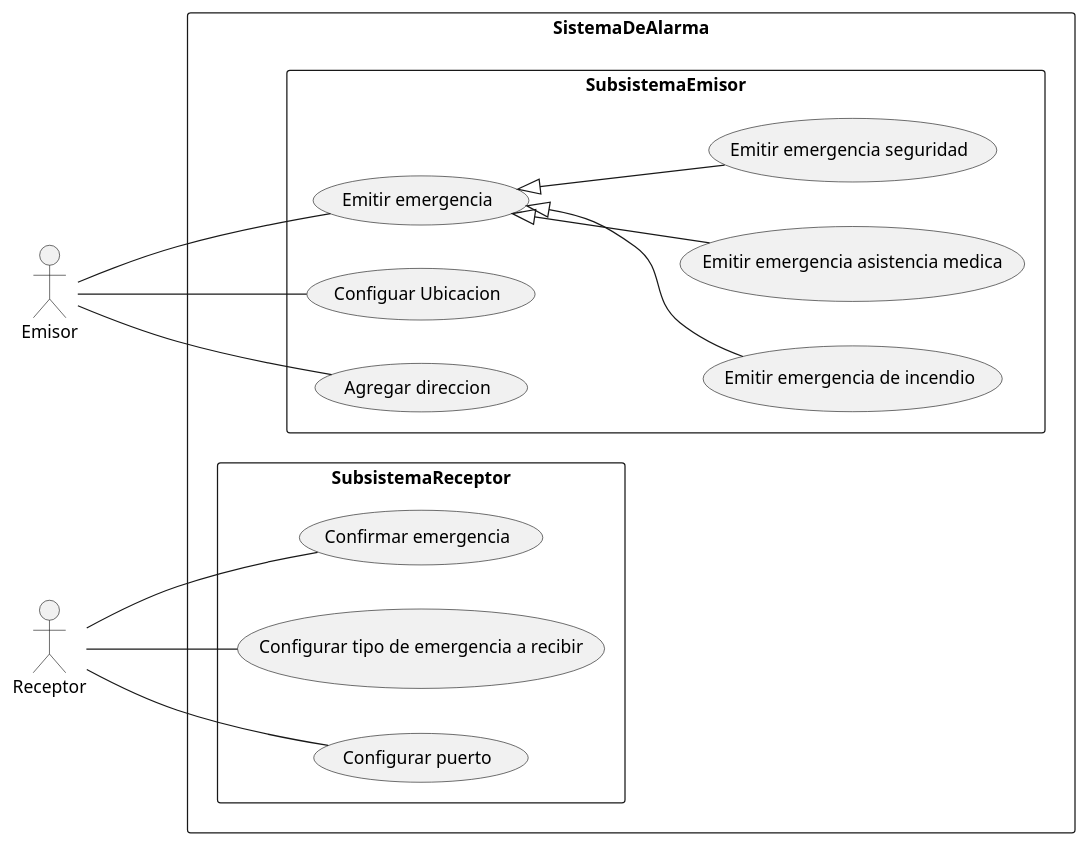
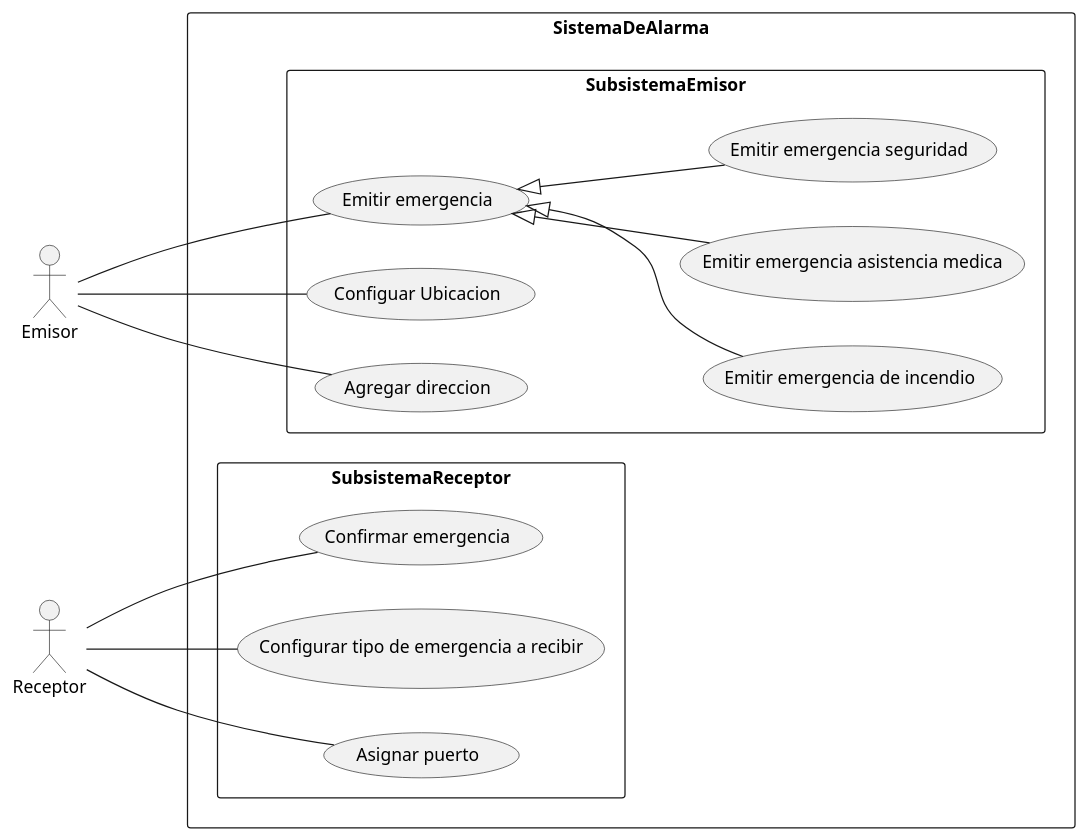
The diagram in Diagramas UML 01 de mayo/useCases.plantuml (matienzo01/TrabajoAyD), drawn with PlantUML before and after one commit. The commit also changed 14 other files, not shown here.

Commit message:
Diagrama de clases de emisor

```diff
--- a/Diagramas UML 01 de mayo/useCases.plantuml
+++ b/Diagramas UML 01 de mayo/useCases.plantuml
@@ -1,30 +1,30 @@
 @startuml prueba
 left to right direction
 skinparam monochrome true
 actor "Emisor" as a1
 rectangle SistemaDeAlarma{
     rectangle SubsistemaEmisor{
         usecase "Emitir emergencia" as UC1
         usecase "Emitir emergencia de incendio" as UC2
         usecase "Emitir emergencia asistencia medica" as UC3
         usecase "Emitir emergencia seguridad" as UC4
         usecase "Configuar Ubicacion" as UC8
         usecase "Agregar direccion" as UC9
         UC1<|-- UC2
         UC1<|-- UC3
         UC1<|-- UC4
     }
     rectangle SubsistemaReceptor{
         usecase "Confirmar emergencia" as UC6
         usecase "Configurar tipo de emergencia a recibir" as UC7
-        usecase "Configurar puerto" as UC10
+        usecase "Asignar puerto" as UC10
     }
 }
 actor "Receptor" as a2
 a1---UC1
 a1---UC8
 a1---UC9
 a2---UC6
 a2---UC7
 a2---UC10
 @enduml
```
